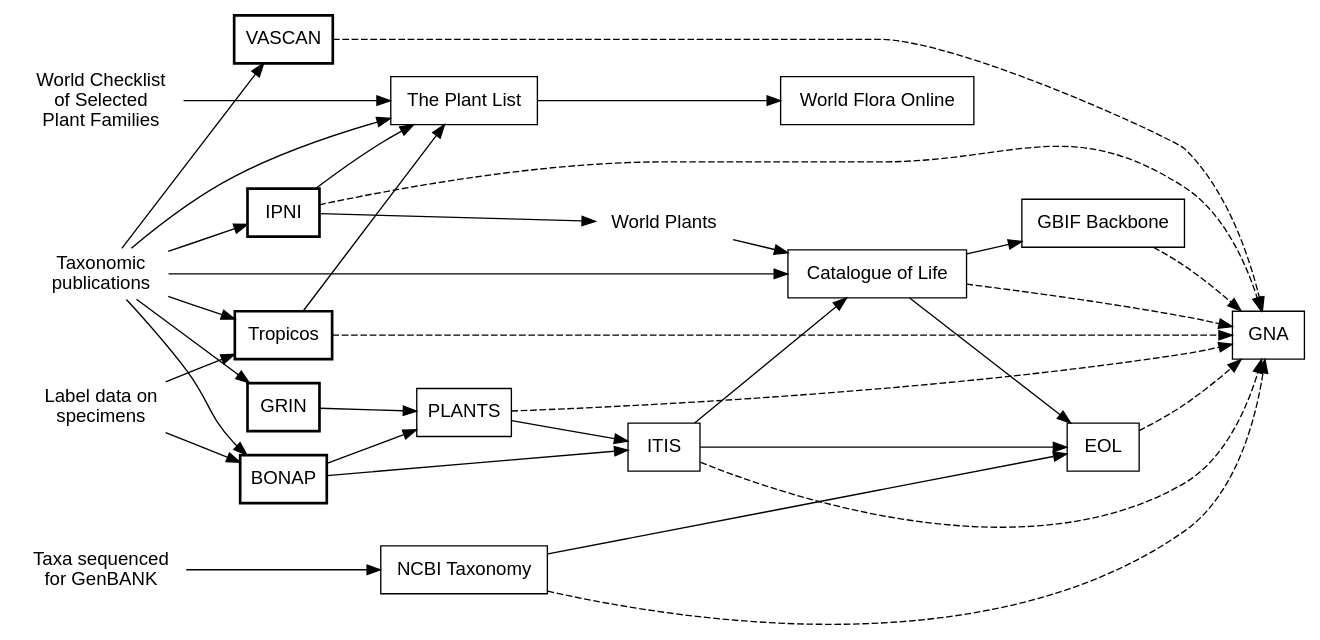
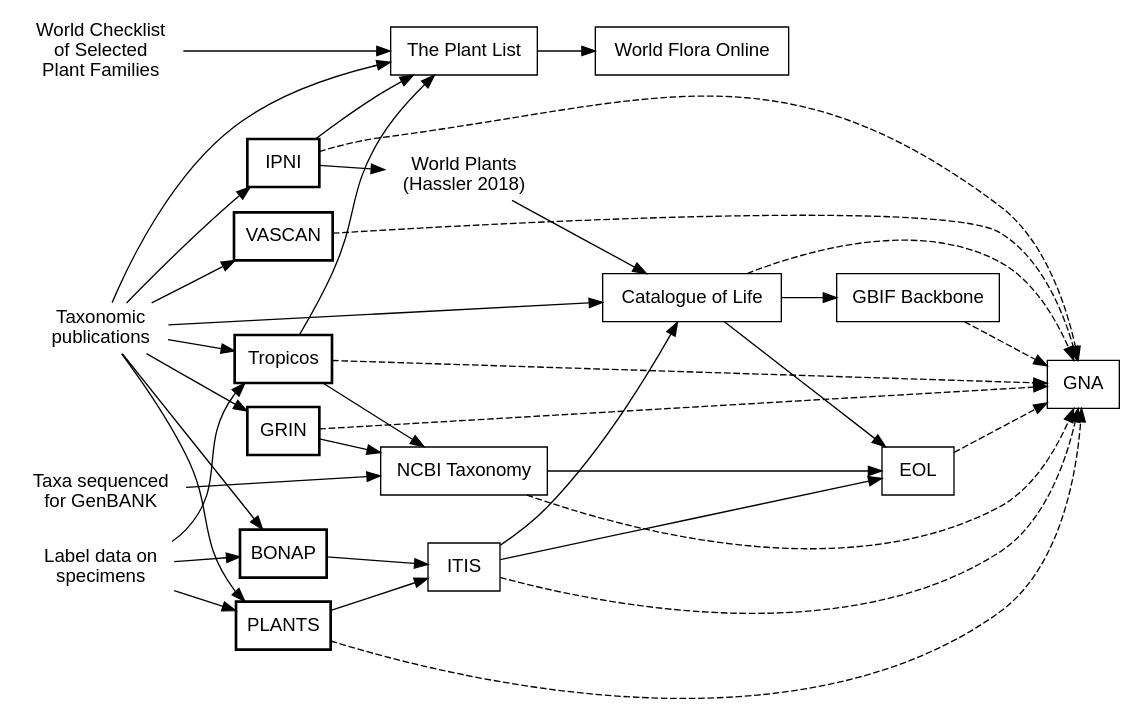
Before and after one commit to camwebb/akflora: the diagram in figs/namesflow.dot, drawn with Graphviz. The commit also changed 8 other files, not shown here.

```diff
--- a/figs/namesflow.dot
+++ b/figs/namesflow.dot
@@ -1,108 +1,118 @@
 /* dot -T png test.dot > test.png */
 
 /* Notes: 1. Bold box = ...new data from taxonomic literature is presented
    for the first time. 2. The edges must be outside the subgraph - if not
    they will force the start and end of the edge to be on the same rank. 
    3. I could not get this to work with subgraphs, since subgraphs 1 and 2,
    with rank=same, collapse into a single rank. Using the new ranking method. */
 
 digraph structure {
     rankdir="LR";
     newrank=true; 
     node [fontname="Helvetica",shape=box];
     edge [fontname="Courier", len=1.5, arrowhead=normal];
 
     { rank=same; WCSP; taxmon; GenBANK; Specs }
     { rank=same; IPNI; Tropicos; GRIN;  BONAP ;
-     VASCAN}
-    { rank=same; PL; plants; NCBI }
+        VASCAN; plants }
+        //; FNA}
+    { rank=same; PL; NCBI }
     { rank=same; ITIS; WP }
     { rank=same; COL; WFO }
     { rank=same; GBIF; EOL }
         
     // raw
 
     WCSP [label="World Checklist\nof Selected\nPlant Families",shape=box,style=bold,color=invis];
 
     taxmon [label="Taxonomic\npublications",shape=box,color=invis];
 
     GenBANK [label="Taxa sequenced\nfor GenBANK",color=invis];
 
     Specs [label="Label data on\nspecimens",color=invis];
 
     // primary
     
     taxmon -> IPNI;
     IPNI [shape=box,style=bold];
 
     // PAF [style=bold];
     // taxmon -> PAF;
     
     Tropicos [shape=box,style=bold];
     taxmon -> Tropicos;
     Specs -> Tropicos;
 
     GRIN [style=bold];
     taxmon -> GRIN;
 
     BONAP [style=bold];
     taxmon -> BONAP;
     Specs -> BONAP;
 
+    VASCAN [style=bold];
     taxmon -> VASCAN;
     
-    VASCAN [style=bold];
+    plants [label="PLANTS",style=bold];
+    // GRIN -> plants;
+    // BONAP -> plants;
+    taxmon -> plants;
+    Specs -> plants;
+
+//    FNA [label="Flora N.A.",style=bold];
+//    taxmon -> FNA;
+//    Specs -> FNA;
 
     // secondary
     
     PL [label="The Plant List"];        
     WCSP -> PL;
     taxmon -> PL;
     Tropicos -> PL;
     IPNI -> PL;
 
-    plants [label="PLANTS"];
-    GRIN -> plants;
-    BONAP -> plants;
 
     GBIF [label="GBIF Backbone"];
     COL -> GBIF;
     // Specs -> GBIF;
      
     ITIS;
     BONAP -> ITIS;
     plants -> ITIS;
 
     IPNI -> WP;
-    WP [label="World Plants",color=invis];
+    WP [label="World Plants\n(Hassler 2018)",color=invis];
 
     PL -> WFO;
     WFO [label="World Flora Online"];
     
     COL [label="Catalogue of Life"];
     ITIS -> COL;
     taxmon -> COL;
     WP -> COL;
  
     GenBANK -> NCBI;
     NCBI [label="NCBI Taxonomy"];
+    GRIN -> NCBI;
+    Tropicos -> NCBI;
 
     // tertiary
     EOL;
     ITIS -> EOL;
     COL -> EOL ;
     NCBI -> EOL;
 
     // GNA
     
     GNA;
     IPNI -> GNA [style=dashed];
     VASCAN -> GNA [style=dashed];
     plants -> GNA [style=dashed];
     ITIS -> GNA [style=dashed];
     COL -> GNA [style=dashed];
     EOL -> GNA [style=dashed];
     GBIF -> GNA [style=dashed];
     Tropicos -> GNA [style=dashed];
-    NCBI -> GNA [style=dashed];    
+    NCBI -> GNA [style=dashed];
+    GRIN -> GNA [style=dashed];
 }
```
